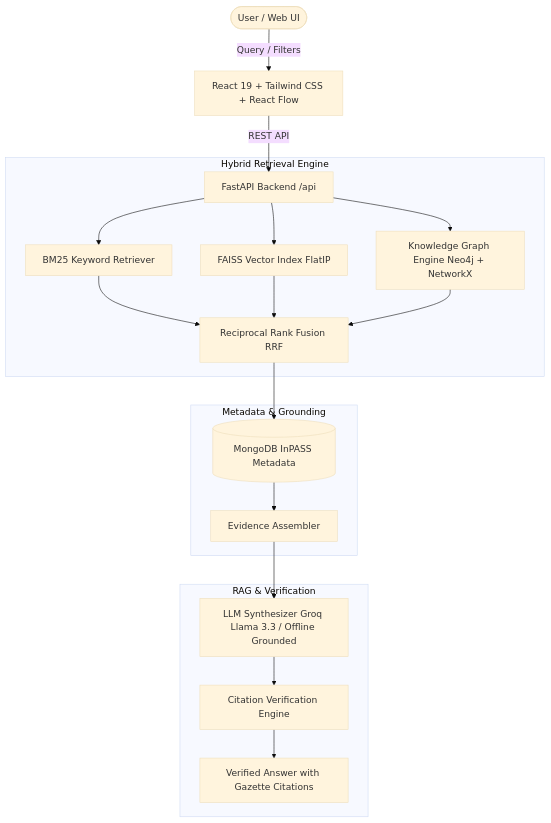
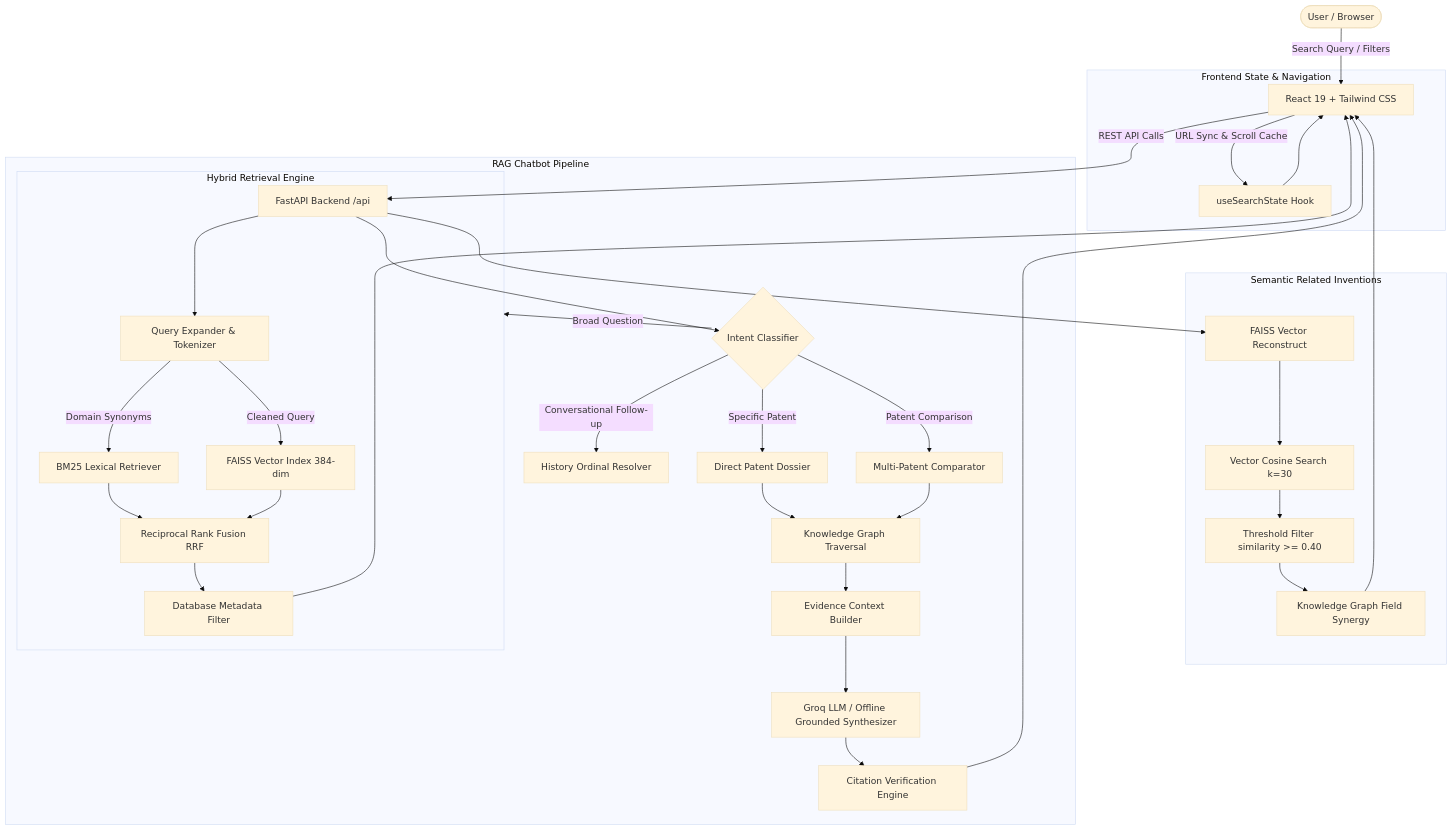
One commit to GOWSHIKA21/miniproject changed the diagram in README.md. Above: the diagram before and after it, drawn with Mermaid (base theme). The commit also changed other lines of this file and 30 other files, not shown here.

Commit message:
Enhance patent search, RAG chatbot, and deployment configurations

````diff
--- a/README.md
+++ b/README.md
@@ -9,23 +31,44 @@
 ```mermaid
 flowchart TD
-    User([User / Web UI]) -->|Query / Filters| Frontend[React 19 + Tailwind CSS + React Flow]
-    Frontend -->|REST API| FastAPI[FastAPI Backend /api]
+    User([User / Browser]) -->|Search Query / Filters| UI[React 19 + Tailwind CSS]
     
-    subgraph Hybrid Retrieval Engine
-        FastAPI --> BM25[BM25 Keyword Retriever]
-        FastAPI --> FAISS[FAISS Vector Index FlatIP]
-        FastAPI --> Graph[Knowledge Graph Engine Neo4j + NetworkX]
-        BM25 & FAISS & Graph --> RRF[Reciprocal Rank Fusion RRF]
+    subgraph FrontendState["Frontend State & Navigation"]
+        UI -->|URL Sync & Scroll Cache| StateHook[useSearchState Hook]
+        StateHook --> UI
     end
     
-    subgraph Metadata & Grounding
-        RRF --> Mongo[(MongoDB InPASS Metadata)]
-        Mongo --> Evidence[Evidence Assembler]
+    UI -->|REST API Calls| API[FastAPI Backend /api]
+    
+    subgraph HybridSearch["Hybrid Retrieval Engine"]
+        API --> Expander[Query Expander & Tokenizer]
+        Expander -->|Domain Synonyms| BM25[BM25 Lexical Retriever]
+        Expander -->|Cleaned Query| FAISS[FAISS Vector Index 384-dim]
+        BM25 --> RRF[Reciprocal Rank Fusion RRF]
+        FAISS --> RRF
+        RRF --> DBFilter[Database Metadata Filter]
     end
     
-    subgraph RAG & Verification
-        Evidence --> LLM[LLM Synthesizer Groq Llama 3.3 / Offline Grounded]
+    subgraph Recommendations["Semantic Related Inventions"]
+        API --> VecExtract[FAISS Vector Reconstruct]
+        VecExtract --> CosineSim[Vector Cosine Search k=30]
+        CosineSim --> ConfFilter[Threshold Filter similarity >= 0.40]
+        ConfFilter --> KGValidation[Knowledge Graph Field Synergy]
+    end
+    
+    subgraph RAGChat["RAG Chatbot Pipeline"]
+        API --> IntentRouter{Intent Classifier}
+        IntentRouter -->|Specific Patent| ExactLookup[Direct Patent Dossier]
+        IntentRouter -->|Patent Comparison| Comparator[Multi-Patent Comparator]
+        IntentRouter -->|Conversational Follow-up| HistoryResolver[History Ordinal Resolver]
+        IntentRouter -->|Broad Question| HybridSearch
+        ExactLookup --> KGTraverse[Knowledge Graph Traversal]
+        Comparator --> KGTraverse
+        KGTraverse --> ContextBuilder[Evidence Context Builder]
+        ContextBuilder --> LLM[Groq LLM / Offline Grounded Synthesizer]
         LLM --> Verifier[Citation Verification Engine]
-        Verifier --> Response[Verified Answer with Gazette Citations]
     end
+    
+    DBFilter --> UI
+    KGValidation --> UI
+    Verifier --> UI
 ```
````
